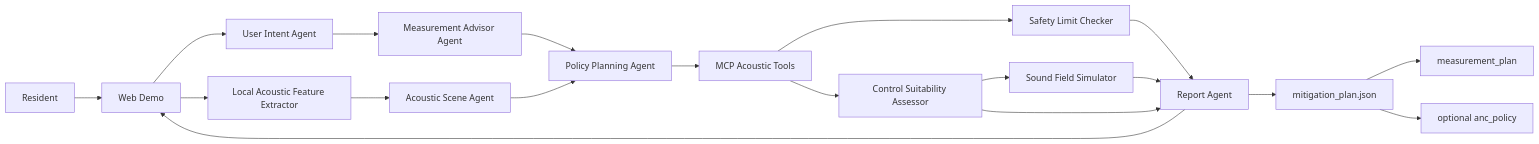
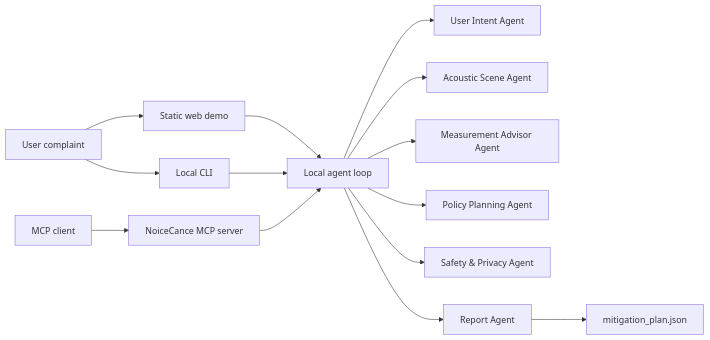
Before and after one commit to Tarnisher/noicecance-capstone: the diagram in README.md, drawn with Mermaid. The commit also changed other lines of this file and 6 other files, not shown here.

Commit message:
Add MCP server and submission materials

````diff
--- a/README.md
+++ b/README.md
@@ -146,21 +153,16 @@
 ```mermaid
 flowchart LR
-    U["Resident"] --> UI["Web Demo"]
-    UI --> IA["User Intent Agent"]
-    IA --> MA["Measurement Advisor Agent"]
-    UI --> LA["Local Acoustic Feature Extractor"]
-    LA --> SA["Acoustic Scene Agent"]
-    MA --> PA["Policy Planning Agent"]
-    SA --> PA
-    PA --> MCP["MCP Acoustic Tools"]
-    MCP --> FIT["Control Suitability Assessor"]
-    FIT --> SIM["Sound Field Simulator"]
-    MCP --> SAFE["Safety Limit Checker"]
-    SAFE --> RA["Report Agent"]
-    SIM --> RA
-    FIT --> RA
-    RA --> UI
-    RA --> PLAN["mitigation_plan.json"]
-    PLAN --> MEASURE["measurement_plan"]
-    PLAN --> ANC["optional anc_policy"]
+    U["User complaint"] --> WEB["Static web demo"]
+    U --> CLI["Local CLI"]
+    WEB --> LOOP["Local agent loop"]
+    CLI --> LOOP
+    MCP["MCP client"] --> MCPS["NoiceCance MCP server"]
+    MCPS --> LOOP
+    LOOP --> INTENT["User Intent Agent"]
+    LOOP --> SCENE["Acoustic Scene Agent"]
+    LOOP --> MEASURE["Measurement Advisor Agent"]
+    LOOP --> POLICY["Policy Planning Agent"]
+    LOOP --> SAFETY["Safety & Privacy Agent"]
+    LOOP --> REPORT["Report Agent"]
+    REPORT --> PLAN["mitigation_plan.json"]
 ```
````
